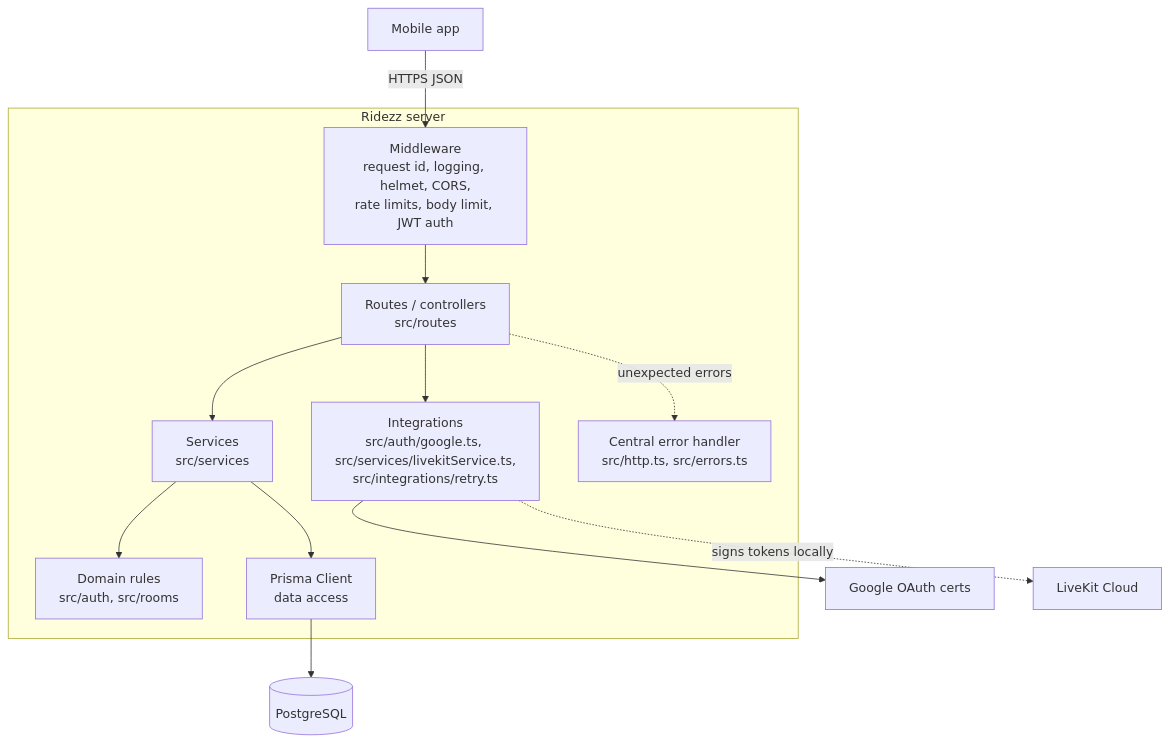
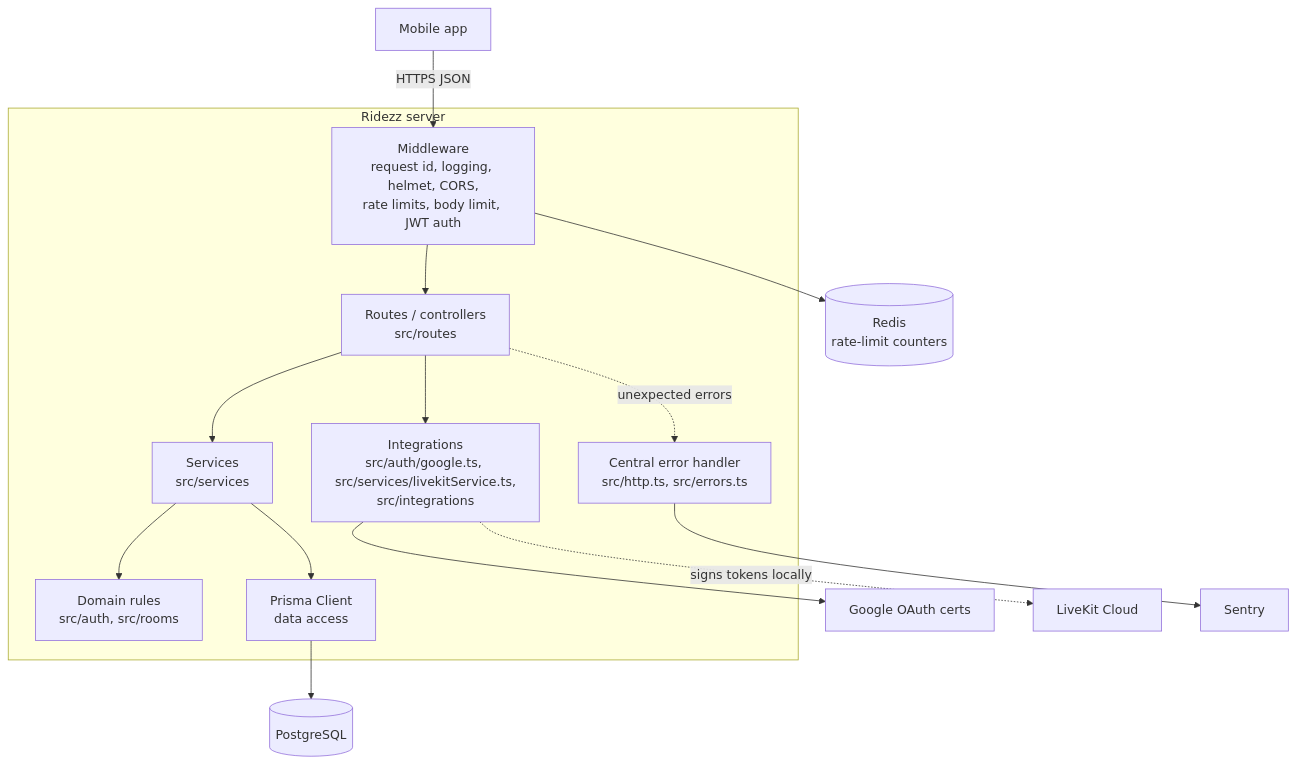
Before and after one commit to vitheshakula/Ridezz: the diagram in docs/architecture/backend.md, drawn with Mermaid. The commit also changed other lines of this file and 50 other files, not shown here.

````diff
--- a/docs/architecture/backend.md
+++ b/docs/architecture/backend.md
@@ -9,21 +10,23 @@
 ```mermaid
 flowchart TD
     client[Mobile app] -->|HTTPS JSON| mw
     subgraph server[Ridezz server]
         mw[Middleware<br/>request id, logging, helmet, CORS,<br/>rate limits, body limit, JWT auth]
         routes[Routes / controllers<br/>src/routes]
         services[Services<br/>src/services]
         domain[Domain rules<br/>src/auth, src/rooms]
-        integrations[Integrations<br/>src/auth/google.ts, src/services/livekitService.ts,<br/>src/integrations/retry.ts]
+        integrations[Integrations<br/>src/auth/google.ts, src/services/livekitService.ts,<br/>src/integrations]
         data[Prisma Client<br/>data access]
         errors[Central error handler<br/>src/http.ts, src/errors.ts]
     end
     mw --> routes --> services
     services --> domain
     services --> data
     routes --> integrations
     routes -.unexpected errors.-> errors
     data --> db[(PostgreSQL)]
     integrations --> google[Google OAuth certs]
     integrations -.signs tokens locally.-> livekit[LiveKit Cloud]
+    mw --> redis[(Redis<br/>rate-limit counters)]
+    errors --> sentry[Sentry]
 ```
````
